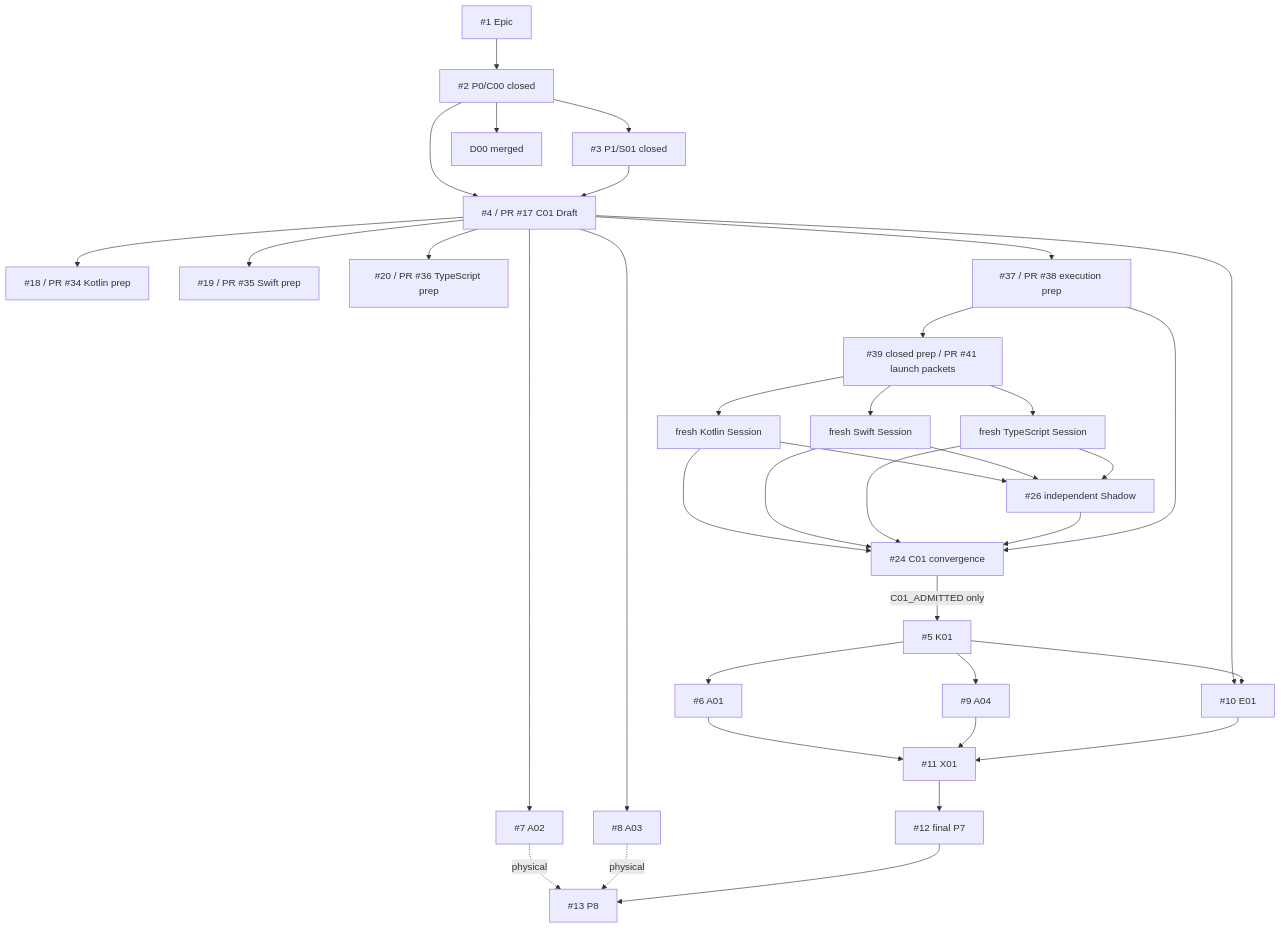
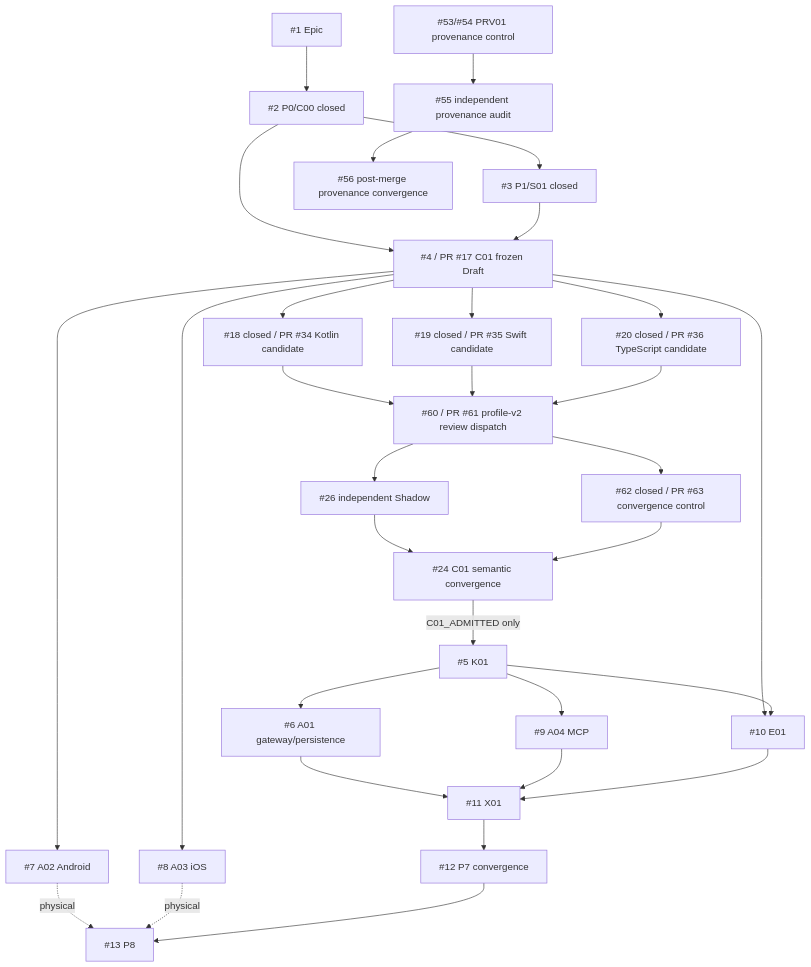
The diagram in README.md (ed3c/ActionGate), drawn with Mermaid before and after one commit. The commit also changed other lines of this file and 9 other files, not shown here.

````diff
--- a/README.md
+++ b/README.md
@@ -92,42 +90,37 @@
 ```mermaid
 flowchart TD
   E["#1 Epic"] --> P0["#2 P0/C00 closed"]
   P0 --> P1["#3 P1/S01 closed"]
-  P0 --> D0["D00 merged"]
-  P0 --> C01["#4 / PR #17 C01 Draft"]
+  P0 --> C01["#4 / PR #17 C01 frozen Draft"]
   P1 --> C01
 
-  C01 --> K["#18 / PR #34 Kotlin prep"]
-  C01 --> S["#19 / PR #35 Swift prep"]
-  C01 --> T["#20 / PR #36 TypeScript prep"]
-  C01 --> EP["#37 / PR #38 execution prep"]
-  EP --> LP["#39 closed prep / PR #41 launch packets"]
+  C01 --> K["#18 closed / PR #34 Kotlin candidate"]
+  C01 --> S["#19 closed / PR #35 Swift candidate"]
+  C01 --> T["#20 closed / PR #36 TypeScript candidate"]
 
-  LP --> KS["fresh Kotlin Session"]
-  LP --> SS["fresh Swift Session"]
-  LP --> TS["fresh TypeScript Session"]
+  K --> DISP["#60 / PR #61 profile-v2 review dispatch"]
+  S --> DISP
+  T --> DISP
+  DISP --> SH["#26 independent Shadow"]
+  DISP --> CTRL["#62 closed / PR #63 convergence control"]
+  SH --> CV["#24 C01 semantic convergence"]
+  CTRL --> CV
 
-  KS --> SH["#26 independent Shadow"]
-  SS --> SH
-  TS --> SH
-  KS --> CV["#24 C01 convergence"]
-  SS --> CV
-  TS --> CV
-  SH --> CV
-  EP --> CV
-
-  CV -->|C01_ADMITTED only| CORE["#5 K01"]
-  CORE --> GW["#6 A01"]
-  C01 --> AND["#7 A02"]
-  C01 --> IOS["#8 A03"]
-  CORE --> MCP["#9 A04"]
+  CV -->|"C01_ADMITTED only"| CORE["#5 K01"]
+  CORE --> GW["#6 A01 gateway/persistence"]
+  C01 --> AND["#7 A02 Android"]
+  C01 --> IOS["#8 A03 iOS"]
+  CORE --> MCP["#9 A04 MCP"]
   C01 --> EV["#10 E01"]
   CORE --> EV
   GW --> E2E["#11 X01"]
   MCP --> E2E
   EV --> E2E
-  E2E --> CONV["#12 final P7"]
+  E2E --> D01["#12 P7 convergence"]
   AND -. physical .-> H["#13 P8"]
   IOS -. physical .-> H
-  CONV --> H
+  D01 --> H
+
+  PRV["#53/#54 PRV01 provenance control"] --> PRVSH["#55 independent provenance audit"]
+  PRVSH --> PRVD["#56 post-merge provenance convergence"]
 ```
````
